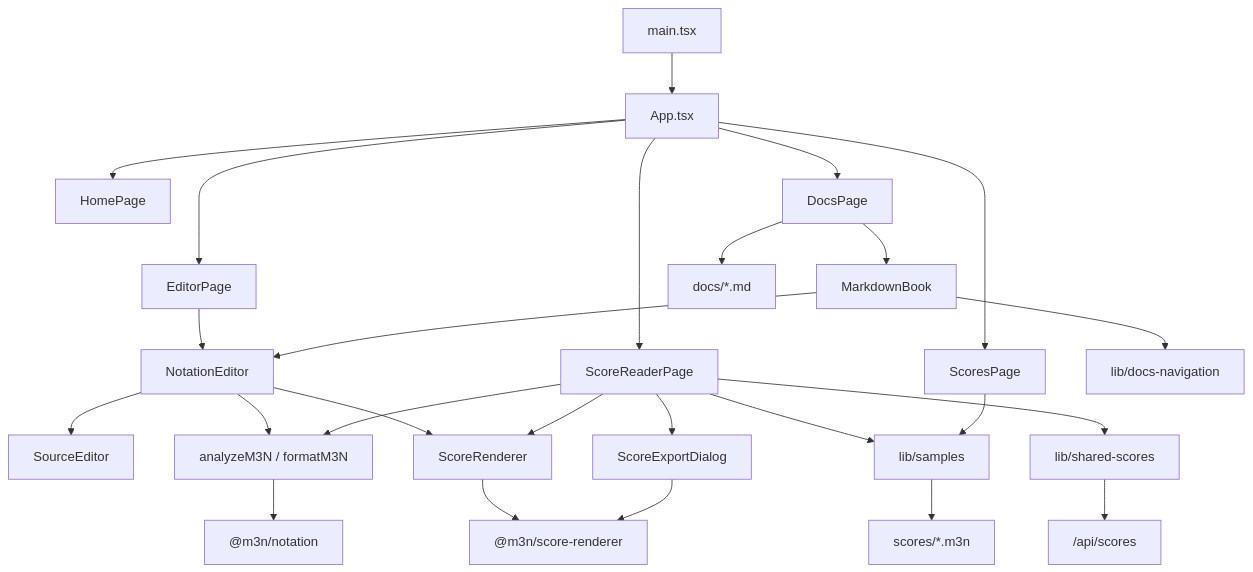
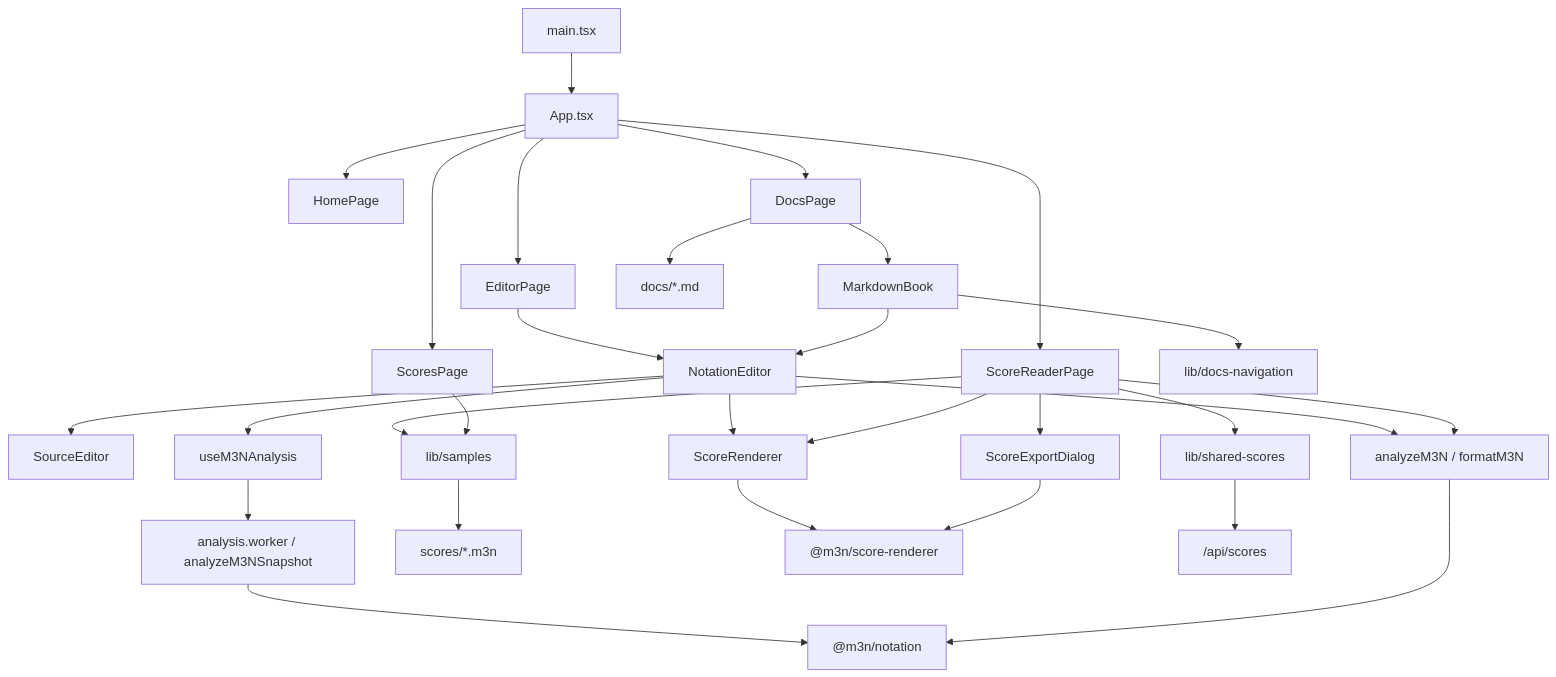
Before and after one commit to huazhechen/m3n: the second of 5 diagrams in docs/CODEGRAPH.md, drawn with Mermaid. The commit also changed 17 other files, not shown here.

Commit message:
Reuse source tokens and analyze edits in a coalescing worker

````diff
--- a/docs/CODEGRAPH.md
+++ b/docs/CODEGRAPH.md
@@ -39,33 +39,36 @@
 ```mermaid
 flowchart TD
   main["main.tsx"] --> app["App.tsx"]
   app --> home["HomePage"]
   app --> editorPage["EditorPage"]
   app --> scoresPage["ScoresPage"]
   app --> readerPage["ScoreReaderPage"]
   app --> docsPage["DocsPage"]
 
   editorPage --> notationEditor["NotationEditor"]
   notationEditor --> sourceEditor["SourceEditor"]
   notationEditor --> analyze["analyzeM3N / formatM3N"]
+  notationEditor --> analysisHook["useM3NAnalysis"]
+  analysisHook --> analysisWorker["analysis.worker / analyzeM3NSnapshot"]
+  analysisWorker --> notationPkg["@m3n/notation"]
   notationEditor --> scoreRenderer["ScoreRenderer"]
 
   readerPage --> samples["lib/samples"]
   readerPage --> shared["lib/shared-scores"]
   readerPage --> analyze
   readerPage --> scoreRenderer
   readerPage --> exportDialog["ScoreExportDialog"]
 
   scoresPage --> samples
   samples --> corpus["scores/*.m3n"]
 
   docsPage --> markdownBook["MarkdownBook"]
   markdownBook --> docsNav["lib/docs-navigation"]
   markdownBook --> notationEditor
   docsPage --> markdown["docs/*.md"]
 
   scoreRenderer --> rendererPkg["@m3n/score-renderer"]
   exportDialog --> rendererPkg
-  analyze --> notationPkg["@m3n/notation"]
+  analyze --> notationPkg
   shared --> api["/api/scores"]
 ```
````
